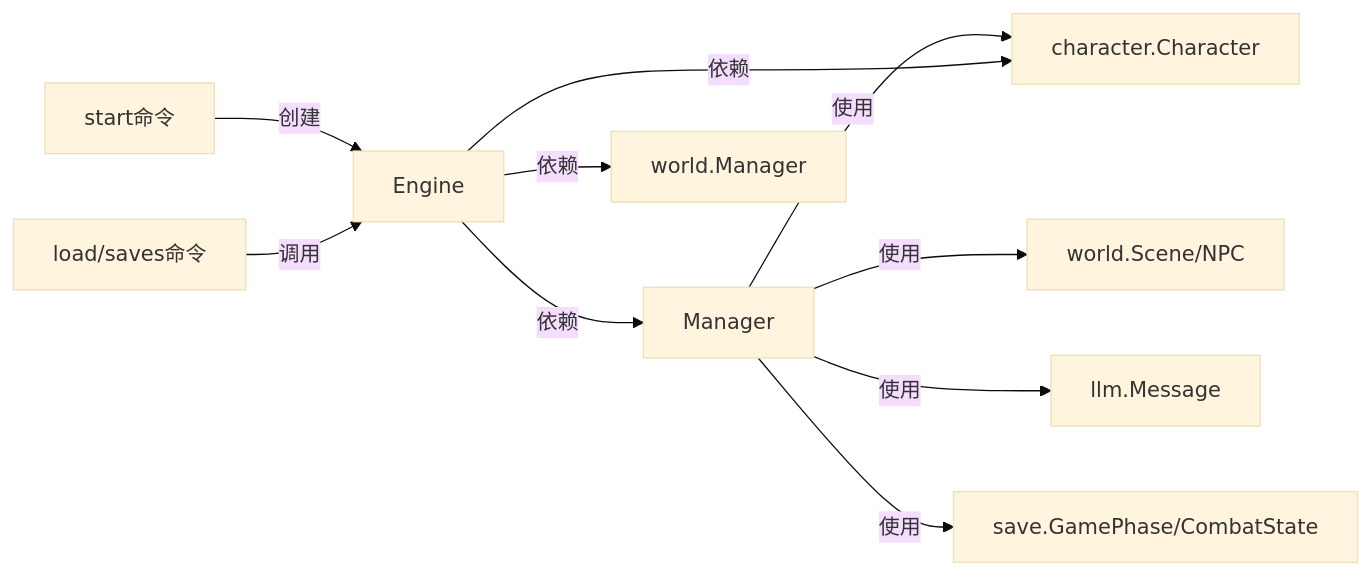
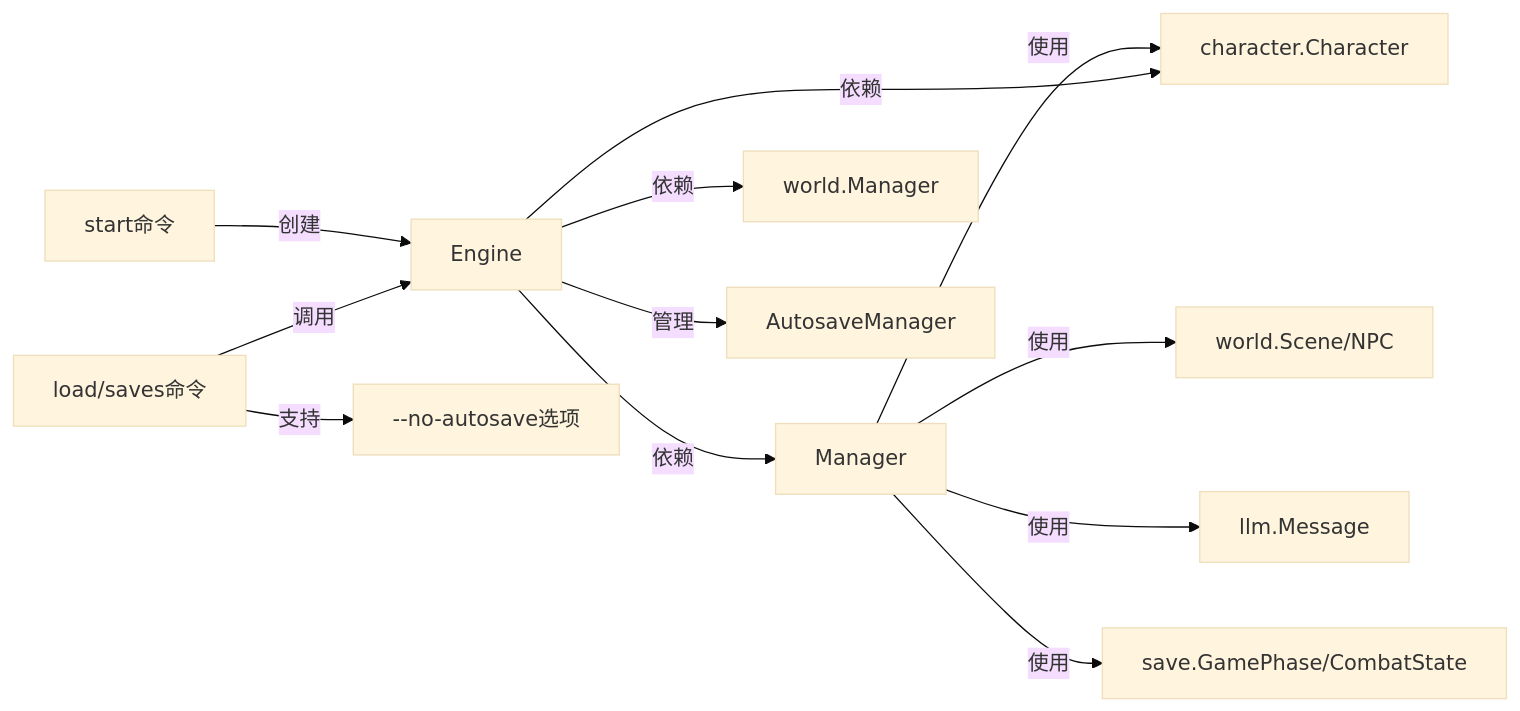
Before and after one commit to zwh8800/cdnd: the ninth of 9 diagrams in .qoder/repowiki/zh/content/存档系统.md, drawn with Mermaid (base theme). The commit also changed other lines of this file and 23 other files, not shown here.

````diff
--- a/.qoder/repowiki/zh/content/存档系统.md
+++ b/.qoder/repowiki/zh/content/存档系统.md
@@ -434,12 +542,14 @@
 ```mermaid
 graph LR
 MGR["Manager"] --> |使用| CHR["character.Character"]
 MGR --> |使用| WRLD["world.Scene/NPC"]
 MGR --> |使用| LLM["llm.Message"]
 MGR --> |使用| SAVE_TYPES["save.GamePhase/CombatState"]
 ENG["Engine"] --> |依赖| MGR
 ENG --> |依赖| CHR
 ENG --> |依赖| WRLD_MGR["world.Manager"]
+ENG --> |管理| AS["AutosaveManager"]
 START["start命令"] --> |创建| ENG
 LOAD["load/saves命令"] --> |调用| ENG
+LOAD --> |支持| NO_AUTOSAVE["--no-autosave选项"]
 ```
````
